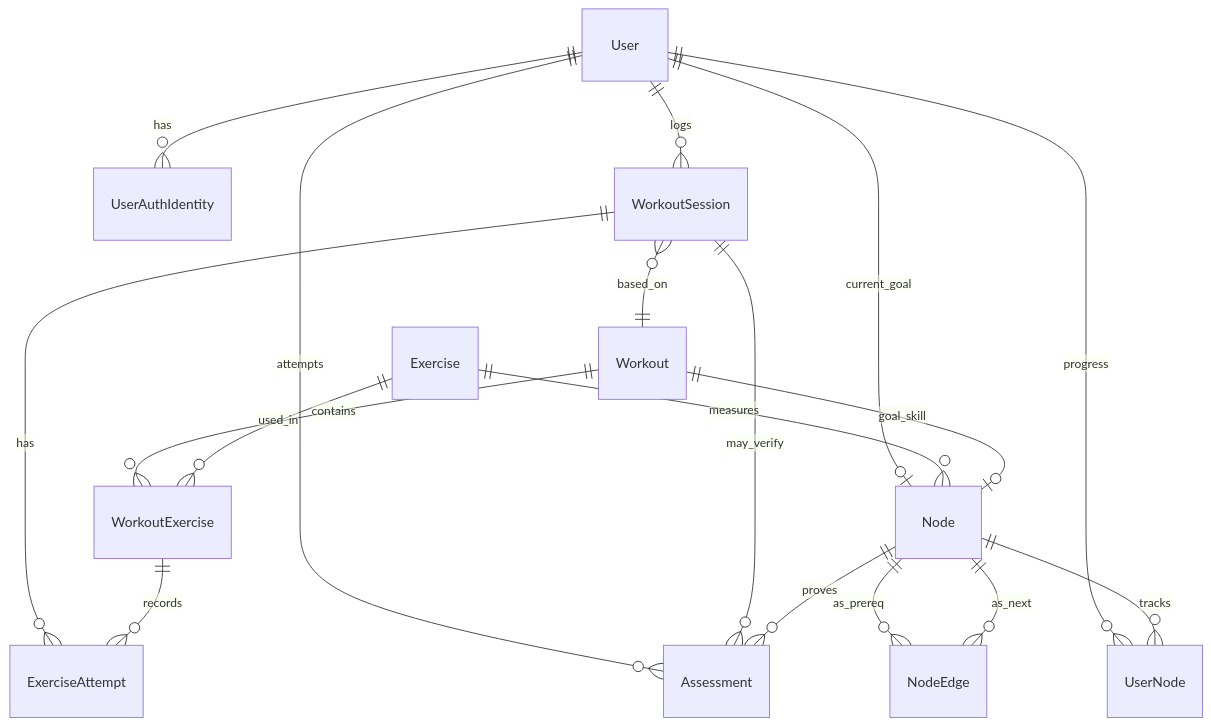
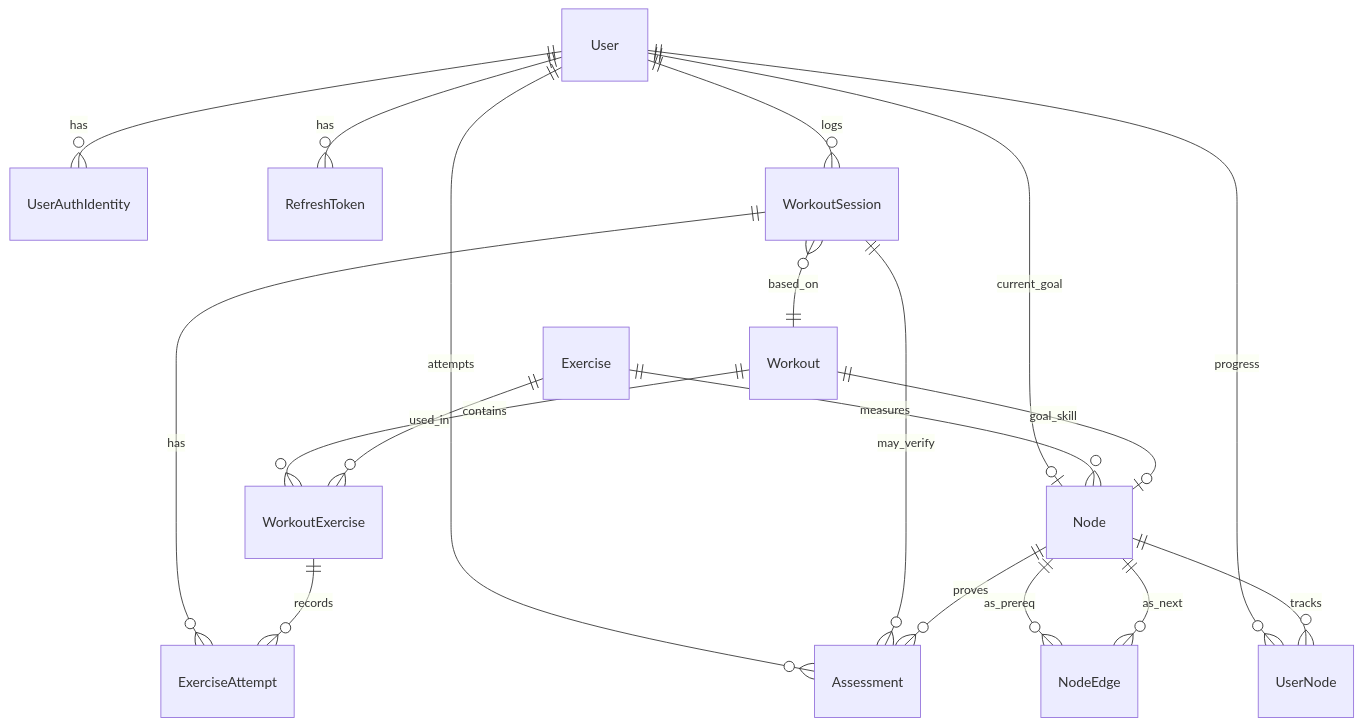
One commit to devendra0009/calistrack changed the diagram in docs/04-data/data-model.md. Above: the diagram before and after it, drawn with Mermaid. The commit also changed other lines of this file and 77 other files, not shown here.

````diff
--- a/docs/04-data/data-model.md
+++ b/docs/04-data/data-model.md
@@ -62,20 +66,21 @@
 ```mermaid
 erDiagram
   User ||--o{ UserAuthIdentity : has
+  User ||--o{ RefreshToken : has
   User ||--o| Node : current_goal
   User ||--o{ UserNode : progress
   User ||--o{ Assessment : attempts
   User ||--o{ WorkoutSession : logs
   Node ||--o{ NodeEdge : as_prereq
   Node ||--o{ NodeEdge : as_next
   Exercise ||--o{ Node : measures
   Workout ||--o| Node : goal_skill
   Workout ||--o{ WorkoutExercise : contains
   Exercise ||--o{ WorkoutExercise : used_in
   WorkoutSession }o--|| Workout : based_on
   WorkoutSession ||--o{ ExerciseAttempt : has
   WorkoutExercise ||--o{ ExerciseAttempt : records
   WorkoutSession ||--o{ Assessment : may_verify
   Node ||--o{ Assessment : proves
   Node ||--o{ UserNode : tracks
 ```
````
